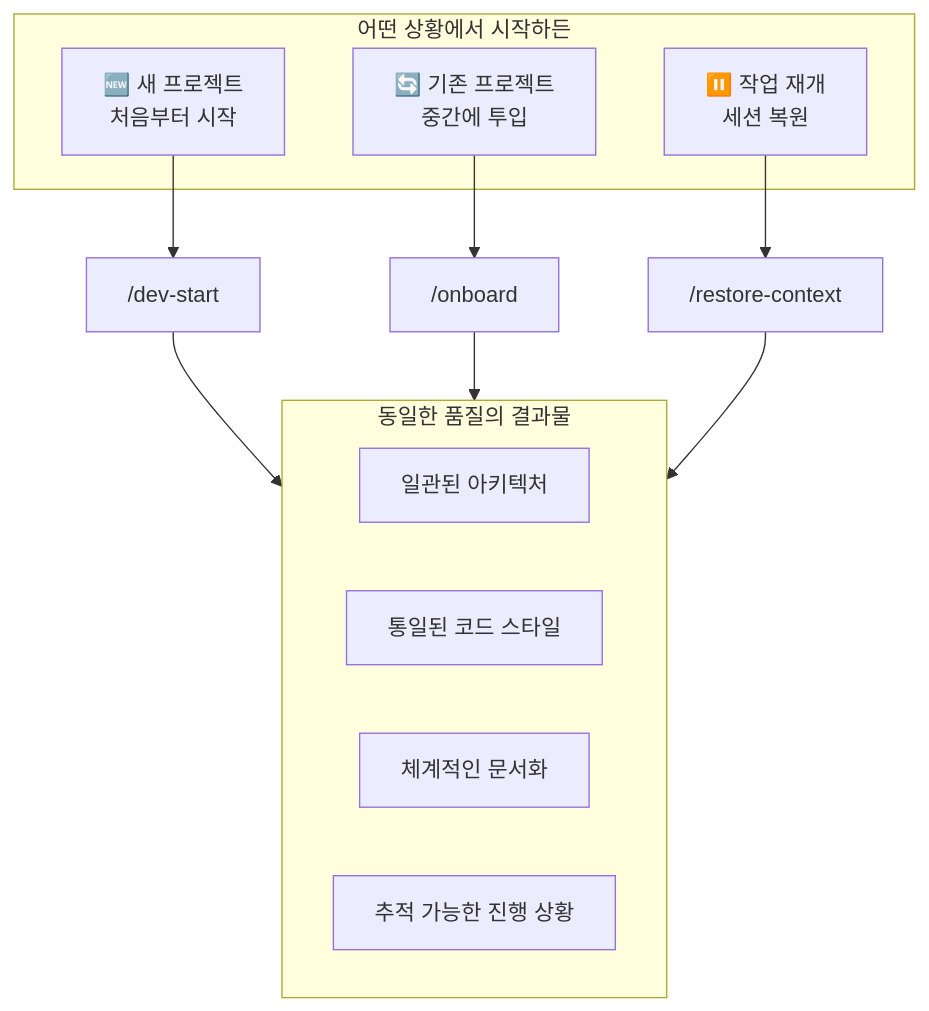
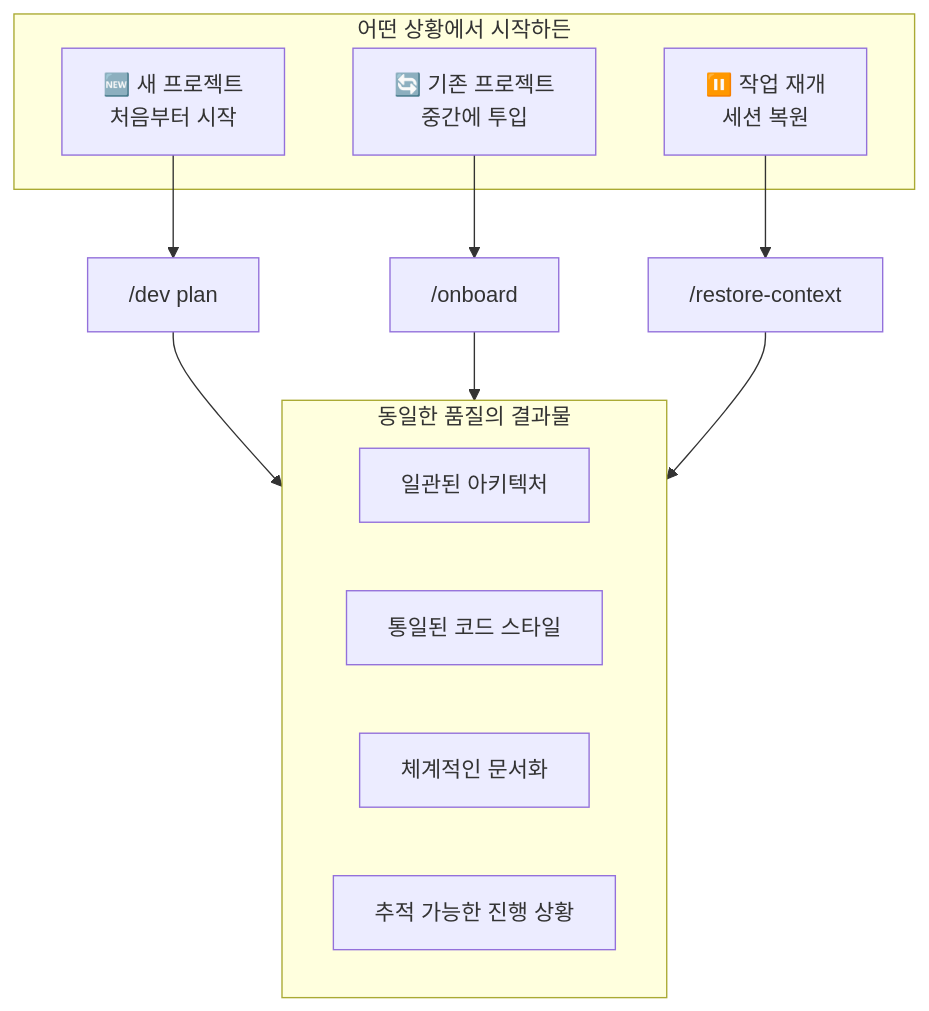
One commit to Wondermove-Inc/calab-claude-plugin changed the first of 5 diagrams in README.md. Above: the diagram before and after it, drawn with Mermaid. The commit also changed other lines of this file and 36 other files, not shown here.

````diff
--- a/README.md
+++ b/README.md
@@ -15,23 +15,23 @@
 ```mermaid
 flowchart TB
     subgraph Input["어떤 상황에서 시작하든"]
         A["🆕 새 프로젝트<br/>처음부터 시작"]
         B["🔄 기존 프로젝트<br/>중간에 투입"]
         C["⏸️ 작업 재개<br/>세션 복원"]
     end
 
-    A --> D["/dev-start"]
+    A --> D["/dev plan"]
     B --> E["/onboard"]
     C --> F["/restore-context"]
 
     D --> G
     E --> G
     F --> G
 
     subgraph G["동일한 품질의 결과물"]
         G1["일관된 아키텍처"]
         G2["통일된 코드 스타일"]
         G3["체계적인 문서화"]
         G4["추적 가능한 진행 상황"]
     end
 ```
````
